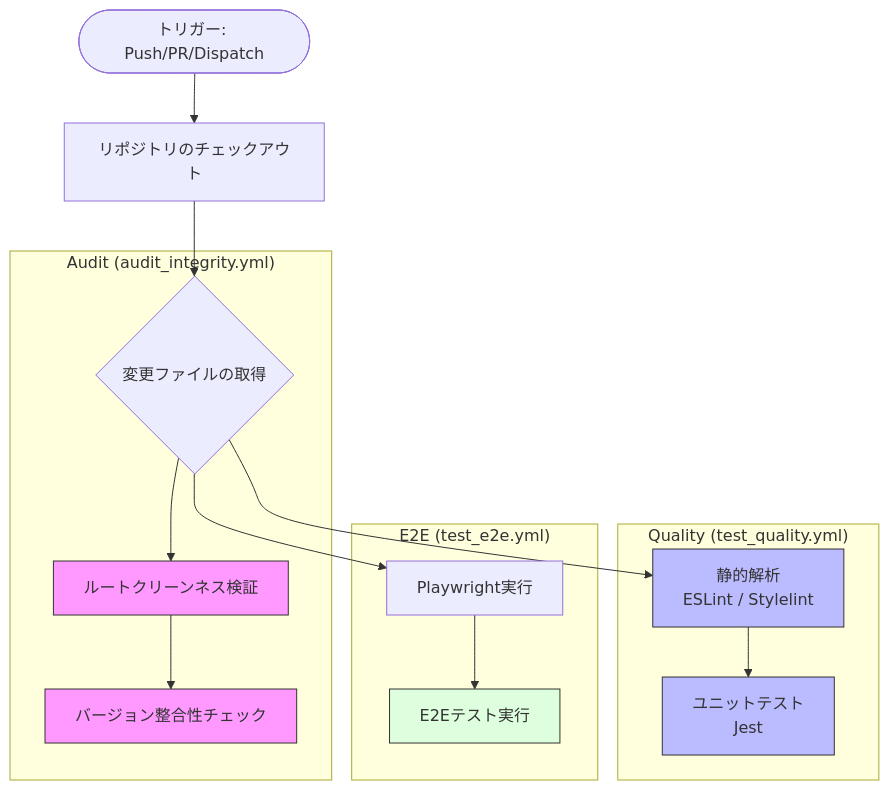
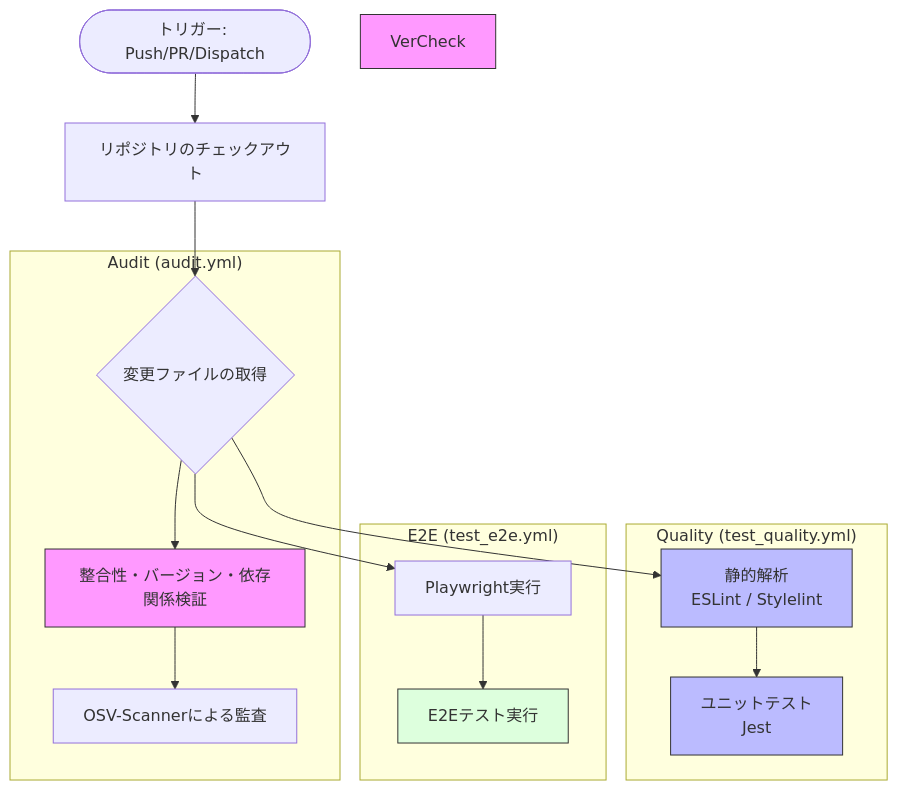
One commit to masanori-satake/QuickLog-Solo changed the first of 2 diagrams in docs/README_ACTIONS.md. Above: the diagram before and after it, drawn with Mermaid. The commit also changed other lines of this file and 21 other files, not shown here.

````diff
--- a/docs/README_ACTIONS.md
+++ b/docs/README_ACTIONS.md
@@ -69,26 +68,26 @@
 ```mermaid
 graph TD
     Start([トリガー: Push/PR/Dispatch]) --> Checkout[リポジトリのチェックアウト]
     Checkout --> GetChanged{変更ファイルの取得}
 
-    subgraph "Audit (audit_integrity.yml)"
-        GetChanged --> CleanCheck[ルートクリーンネス検証]
-        CleanCheck --> VerCheck[バージョン整合性チェック]
+    subgraph "Audit (audit.yml)"
+        GetChanged --> CleanCheck[整合性・バージョン・依存関係検証]
+        CleanCheck --> OSVScan[OSV-Scannerによる監査]
     end
 
     subgraph "Quality (test_quality.yml)"
         GetChanged --> Lint[静的解析<br/>ESLint / Stylelint]
         Lint --> UnitTests[ユニットテスト<br/>Jest]
     end
 
     subgraph "E2E (test_e2e.yml)"
         GetChanged --> Playwright[Playwright実行]
         Playwright --> RunE2E[E2Eテスト実行]
     end
 
     style CleanCheck fill:#f9f,stroke:#333
     style VerCheck fill:#f9f,stroke:#333
     style Lint fill:#bbf,stroke:#333
     style UnitTests fill:#bbf,stroke:#333
     style RunE2E fill:#dfd,stroke:#333
 ```
````
